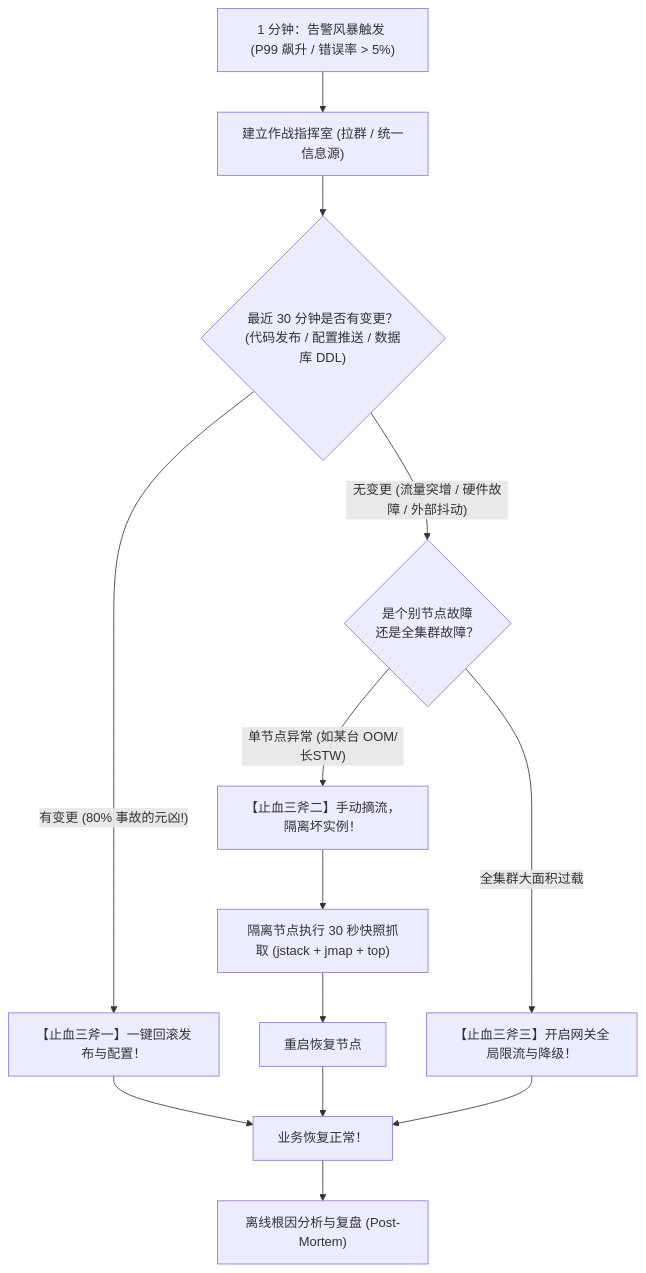
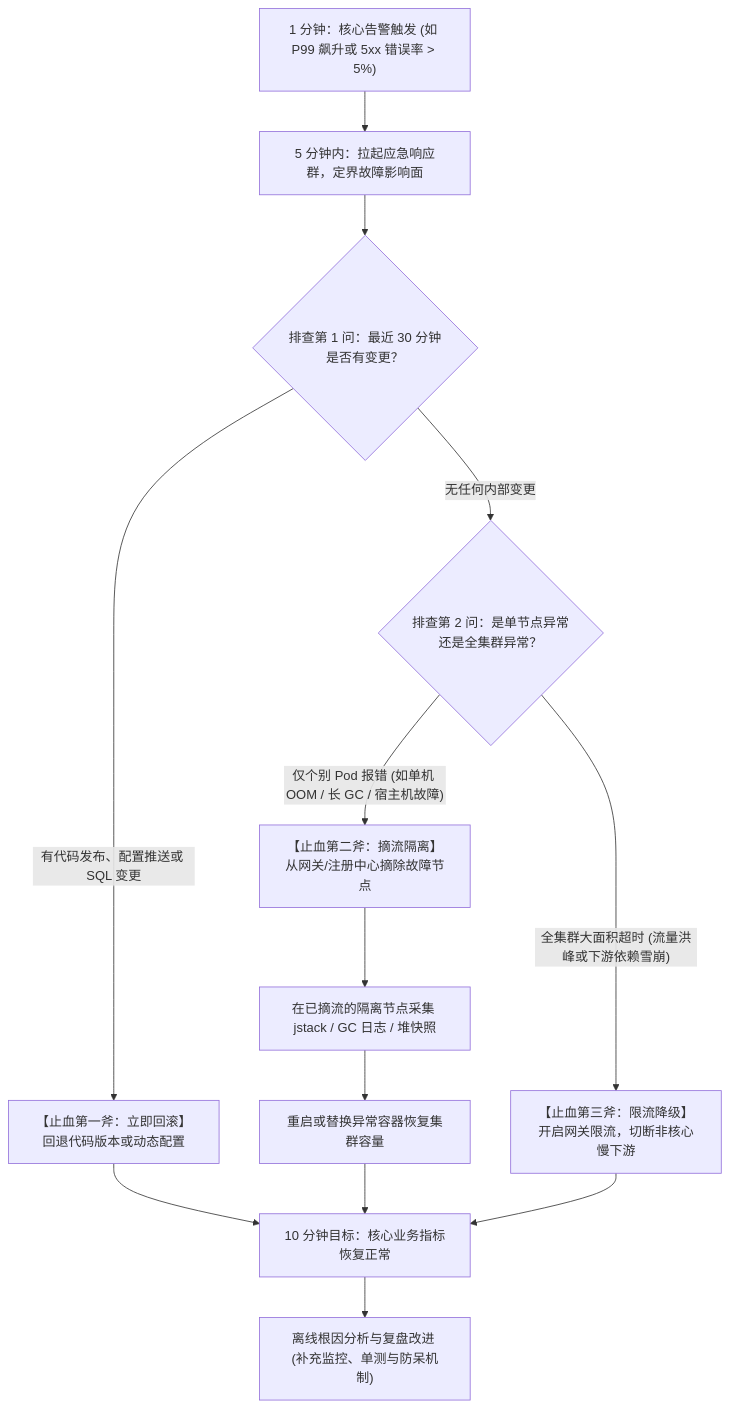
One commit to GuoWWWX/knowledge-base changed the first of 3 diagrams in 20-Java后端/10-知识串联与专题/08-线上故障排查全链路.md. Above: the diagram before and after it, drawn with Mermaid. The commit also changed other lines of this file and 251 other files, not shown here.

````diff
--- a/20-Java后端/10-知识串联与专题/08-线上故障排查全链路.md
+++ b/20-Java后端/10-知识串联与专题/08-线上故障排查全链路.md
@@ -30,18 +29,18 @@
 ```mermaid
 flowchart TD
-    Alarm["1 分钟：告警风暴触发 (P99 飙升 / 错误率 > 5%)"] --> Assemble["建立作战指挥室 (拉群 / 统一信息源)"]
-    Assemble --> CheckChange{"最近 30 分钟是否有变更？<br/>(代码发布 / 配置推送 / 数据库 DDL)"}
+    Alarm["1 分钟：核心告警触发 (如 P99 飙升或 5xx 错误率 > 5%)"] --> Assemble["5 分钟内：拉起应急响应群，定界故障影响面"]
+    Assemble --> CheckChange{"排查第 1 问：最近 30 分钟是否有变更？"}
 
-    CheckChange -->|"有变更 (80% 事故的元凶!)"| Rollback["【止血三斧一】一键回滚发布与配置！"]
-    CheckChange -->|"无变更 (流量突增 / 硬件故障 / 外部抖动)"| CheckNode{"是个别节点故障<br/>还是全集群故障？"}
+    CheckChange -->|"有代码发布、配置推送或 SQL 变更"| Rollback["【止血第一斧：立即回滚】回退代码版本或动态配置"]
+    CheckChange -->|"无任何内部变更"| CheckScope{"排查第 2 问：是单节点异常还是全集群异常？"}
 
-    CheckNode -->|"单节点异常 (如某台 OOM/长STW)"| Isolate["【止血三斧二】手动摘流，隔离坏实例！"]
-    CheckNode -->|"全集群大面积过载"| Degrade["【止血三斧三】开启网关全局限流与降级！"]
+    CheckScope -->|"仅个别 Pod 报错 (如单机 OOM / 长 GC / 宿主机故障)"| Isolate["【止血第二斧：摘流隔离】从网关/注册中心摘除故障节点"]
+    CheckScope -->|"全集群大面积超时 (流量洪峰或下游依赖雪崩)"| Degrade["【止血第三斧：限流降级】开启网关限流，切断非核心慢下游"]
 
-    Rollback --> Recover["业务恢复正常！"]
-    Isolate --> FastDump["隔离节点执行 30 秒快照抓取 (jstack + jmap + top)"]
-    FastDump --> Restart["重启恢复节点"] --> Recover
+    Rollback --> Recover["10 分钟目标：核心业务指标恢复正常"]
+    Isolate --> SaveScene["在已摘流的隔离节点采集 jstack / GC 日志 / 堆快照"]
+    SaveScene --> Restart["重启或替换异常容器恢复集群容量"] --> Recover
     Degrade --> Recover
 
-    Recover --> Offline["离线根因分析与复盘 (Post-Mortem)"]
+    Recover --> PostMortem["离线根因分析与复盘改进 (补充监控、单测与防呆机制)"]
 ```
````
